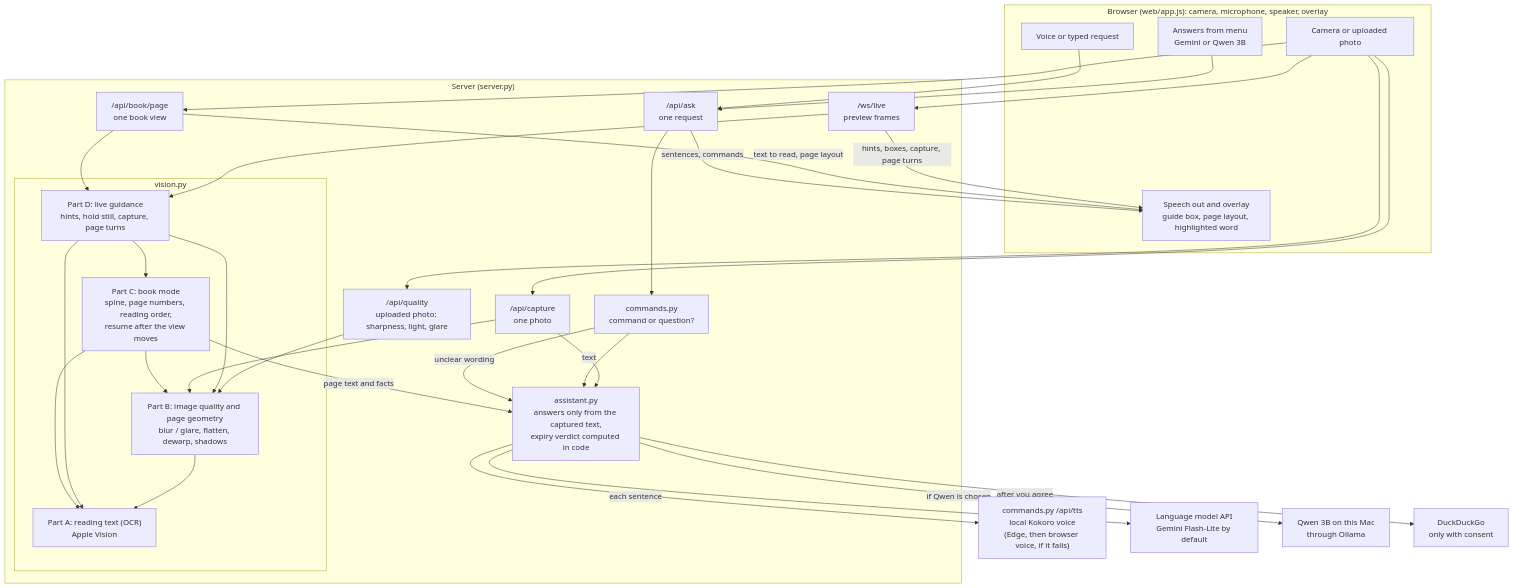
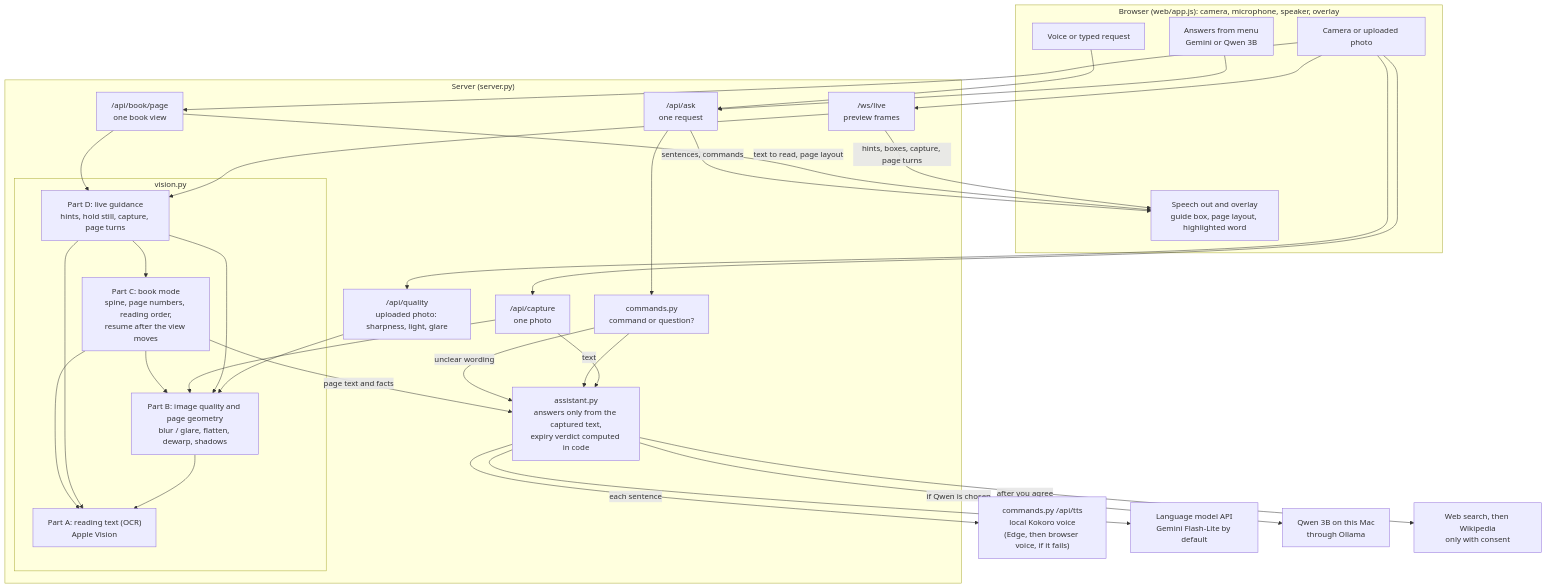
The diagram in markdown/design.md (neerajprao/Helping_Eyes), drawn with Mermaid before and after one commit. The commit also changed other lines of this file and 14 other files, not shown here.

````diff
--- a/markdown/design.md
+++ b/markdown/design.md
@@ -11,63 +11,63 @@
 ```mermaid
 flowchart TB
     subgraph BR["Browser (web/app.js): camera, microphone, speaker, overlay"]
         CAM[Camera or uploaded photo]
         MODEL[Answers from menu<br/>Gemini or Qwen 3B]
         MIC[Voice or typed request]
         OUT[Speech out and overlay<br/>guide box, page layout, highlighted word]
     end
 
     subgraph SV["Server (server.py)"]
         WS["/ws/live<br/>preview frames"]
         CAP["/api/capture<br/>one photo"]
         QLT["/api/quality<br/>uploaded photo: sharpness, light, glare"]
         BK["/api/book/page<br/>one book view"]
         ASK["/api/ask<br/>one request"]
         CMD["commands.py<br/>command or question?"]
 
         subgraph VIS["vision.py"]
             LIVE["Part D: live guidance<br/>hints, hold still, capture, page turns"]
             BOOKM["Part C: book mode<br/>spine, page numbers, reading order,<br/>resume after the view moves"]
             QUAL["Part B: image quality and page geometry<br/>blur / glare, flatten, dewarp, shadows"]
             OCRP["Part A: reading text (OCR)<br/>Apple Vision"]
         end
 
         DA["assistant.py<br/>answers only from the captured text,<br/>expiry verdict computed in code"]
     end
 
     VOICE["commands.py /api/tts<br/>local Kokoro voice<br/>(Edge, then browser voice, if it fails)"]
     LLM[Language model API<br/>Gemini Flash-Lite by default]
     QWEN[Qwen 3B on this Mac<br/>through Ollama]
-    WEB[DuckDuckGo<br/>only with consent]
+    WEB[Web search, then Wikipedia<br/>only with consent]
 
     CAM --> WS
     CAM --> CAP
     CAM --> QLT
     QLT --> QUAL
     MODEL --> ASK
     CAM --> BK
     MIC --> ASK
 
     WS --> LIVE
     BK --> LIVE
     LIVE --> BOOKM
     LIVE --> QUAL
     CAP --> QUAL
     BOOKM --> QUAL
     QUAL --> OCRP
     LIVE --> OCRP
     BOOKM --> OCRP
     BOOKM -- page text and facts --> DA
     CAP -- text --> DA
     ASK --> CMD
     CMD --> DA
     CMD -- unclear wording --> DA
     DA --> LLM
     DA -- if Qwen is chosen --> QWEN
     DA -- after you agree --> WEB
     DA -- each sentence --> VOICE
 
     WS -- hints, boxes, capture, page turns --> OUT
     BK -- text to read, page layout --> OUT
     ASK -- sentences, commands --> OUT
 ```
````
